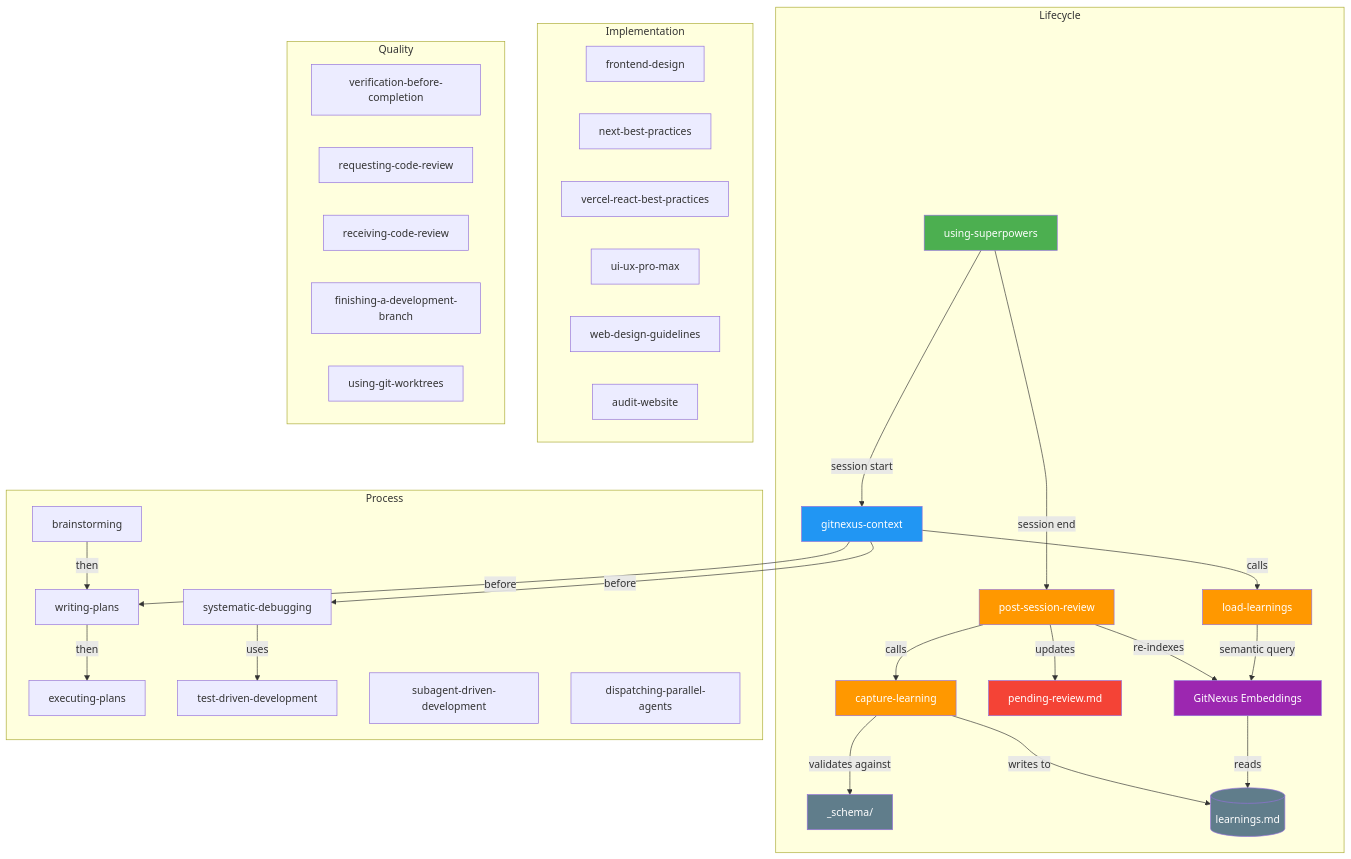
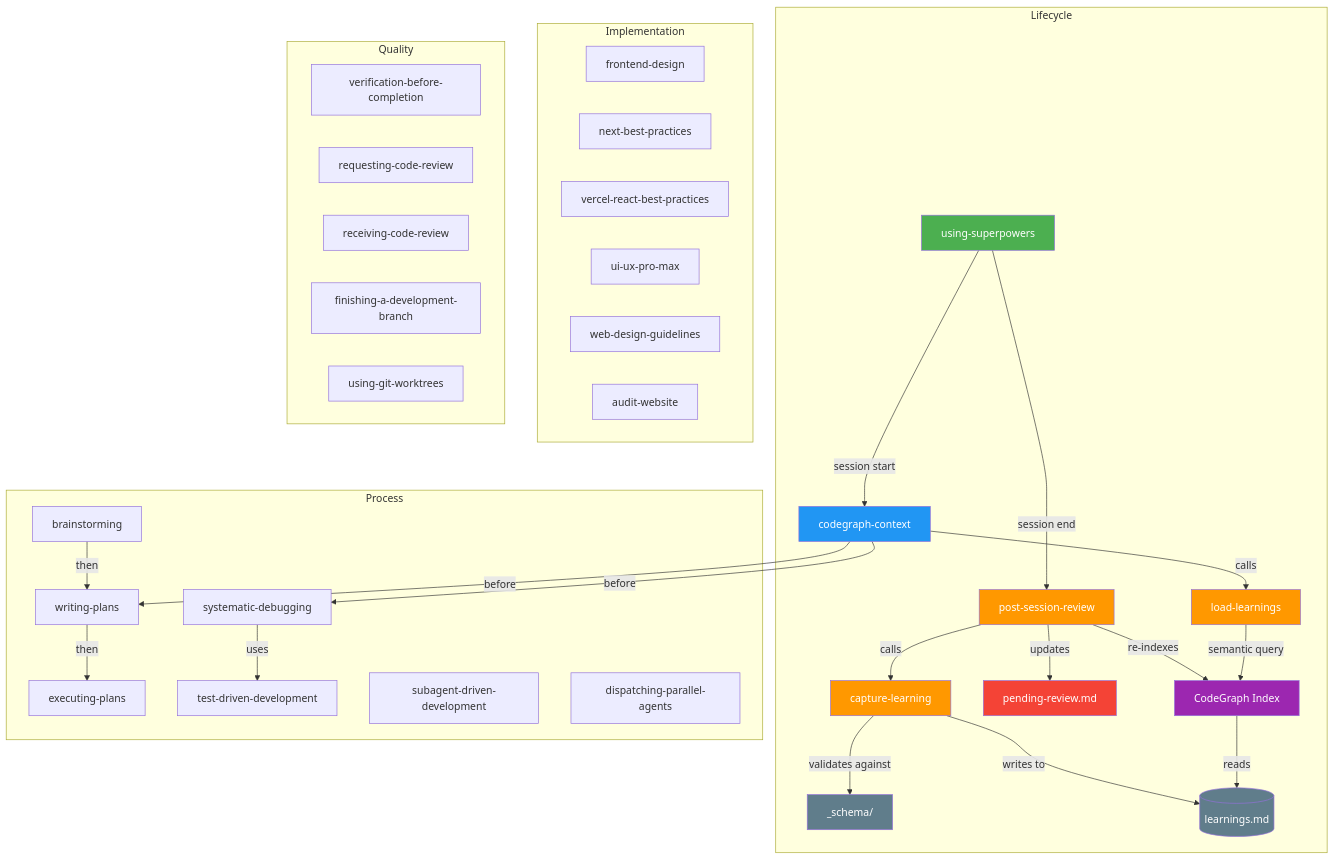
Before and after one commit to deve1993/skillbrain: the diagram in skills/SKILLS-MAP.md, drawn with Mermaid. The commit also changed other lines of this file, not shown here.

Commit message:
fix: update SKILLS-MAP.md — replace last GitNexus references with CodeGraph

````diff
--- a/skills/SKILLS-MAP.md
+++ b/skills/SKILLS-MAP.md
@@ -12,58 +12,58 @@
 ```mermaid
 graph TD
     subgraph Lifecycle
-        US[using-superpowers] -->|session start| GC[gitnexus-context]
+        US[using-superpowers] -->|session start| GC[codegraph-context]
         GC -->|calls| LL[load-learnings]
         US -->|session end| PSR[post-session-review]
         PSR -->|calls| CL[capture-learning]
         PSR -->|updates| PR[pending-review.md]
-        PSR -->|re-indexes| EMB[GitNexus Embeddings]
+        PSR -->|re-indexes| EMB[CodeGraph Index]
         CL -->|validates against| SCH[_schema/]
         CL -->|writes to| LRN[(learnings.md)]
         LL -->|semantic query| EMB
         EMB -->|reads| LRN
     end
 
     subgraph Process
         BS[brainstorming]
         SD[systematic-debugging]
         WP[writing-plans]
         EP[executing-plans]
         TDD[test-driven-development]
         SDD[subagent-driven-development]
         DPA[dispatching-parallel-agents]
     end
 
     subgraph Implementation
         FD[frontend-design]
         NBP[next-best-practices]
         VRPB[vercel-react-best-practices]
         UPM[ui-ux-pro-max]
         WDG[web-design-guidelines]
         AW[audit-website]
     end
 
     subgraph Quality
         VBC[verification-before-completion]
         RCR[requesting-code-review]
         RECV[receiving-code-review]
         FDB[finishing-a-development-branch]
         UGW[using-git-worktrees]
     end
 
     GC -->|before| SD
     GC -->|before| WP
     BS -->|then| WP
     WP -->|then| EP
     SD -->|uses| TDD
 
     style US fill:#4CAF50,color:#fff
     style GC fill:#2196F3,color:#fff
     style LL fill:#FF9800,color:#fff
     style CL fill:#FF9800,color:#fff
     style PSR fill:#FF9800,color:#fff
     style EMB fill:#9C27B0,color:#fff
     style PR fill:#f44336,color:#fff
     style SCH fill:#607D8B,color:#fff
     style LRN fill:#607D8B,color:#fff
 ```
````
